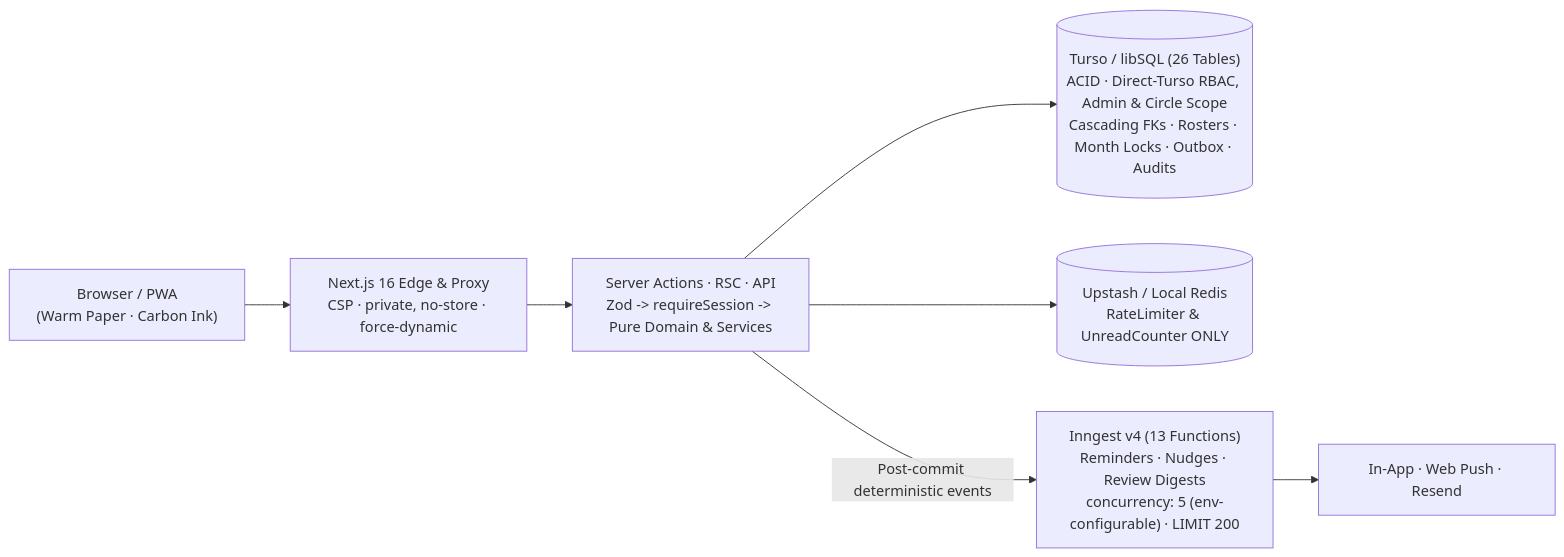
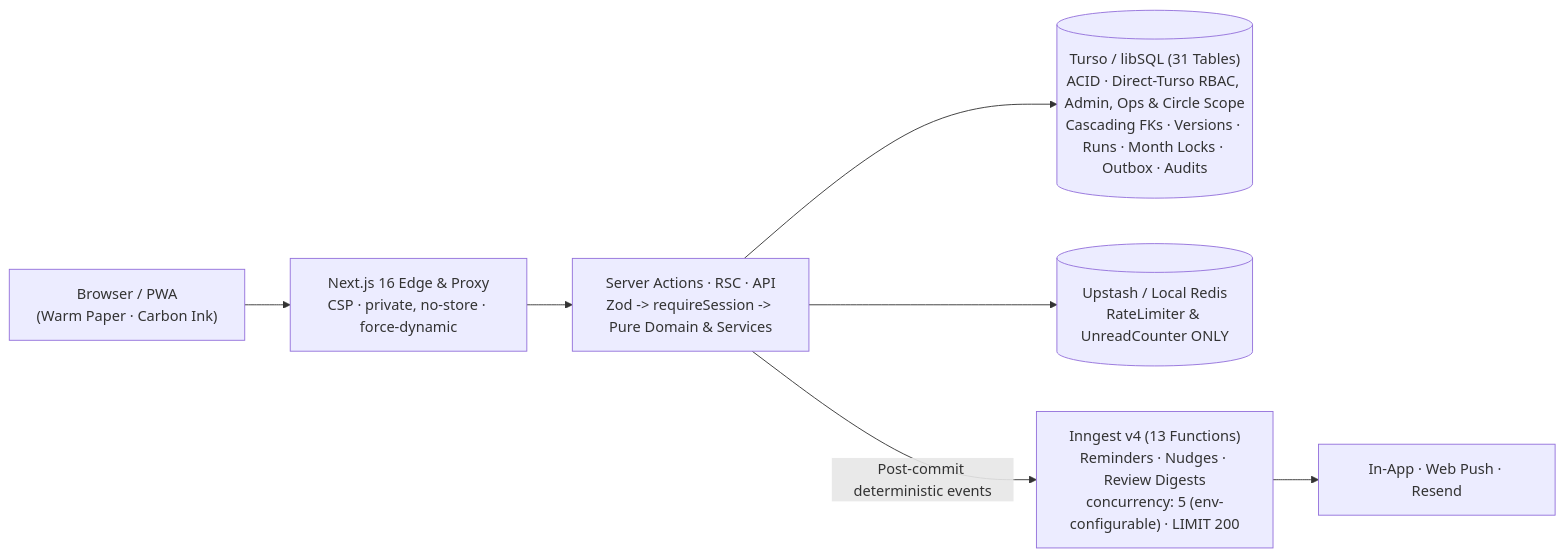
Before and after one commit to Marvin-MM/folio_tracker: the diagram in README.md, drawn with Mermaid. The commit also changed other lines of this file and 59 other files, not shown here.

````diff
--- a/README.md
+++ b/README.md
@@ -44,9 +45,9 @@
 ```mermaid
 flowchart LR
   Browser["Browser / PWA\n(Warm Paper · Carbon Ink)"] --> Edge["Next.js 16 Edge & Proxy\nCSP · private, no-store · force-dynamic"]
   Edge --> Core["Server Actions · RSC · API\nZod -> requireSession -> Pure Domain & Services"]
-  Core --> Turso[("Turso / libSQL (26 Tables)\nACID · Direct-Turso RBAC, Admin & Circle Scope\nCascading FKs · Rosters · Month Locks · Outbox · Audits")]
+  Core --> Turso[("Turso / libSQL (31 Tables)\nACID · Direct-Turso RBAC, Admin, Ops & Circle Scope\nCascading FKs · Versions · Runs · Month Locks · Outbox · Audits")]
   Core --> Redis[("Upstash / Local Redis\nRateLimiter & UnreadCounter ONLY")]
   Core -->|"Post-commit deterministic events"| Inngest["Inngest v4 (13 Functions)\nReminders · Nudges · Review Digests\nconcurrency: 5 (env-configurable) · LIMIT 200"]
   Inngest --> Channels["In-App · Web Push · Resend"]
 ```
````
